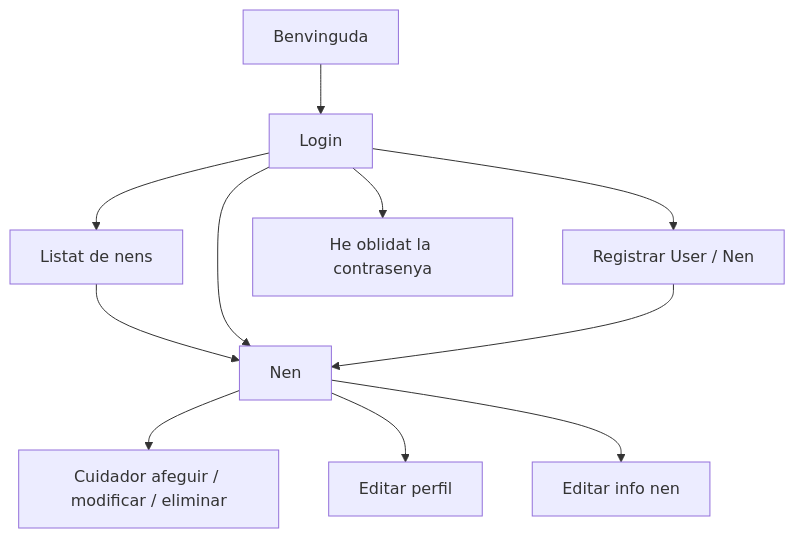
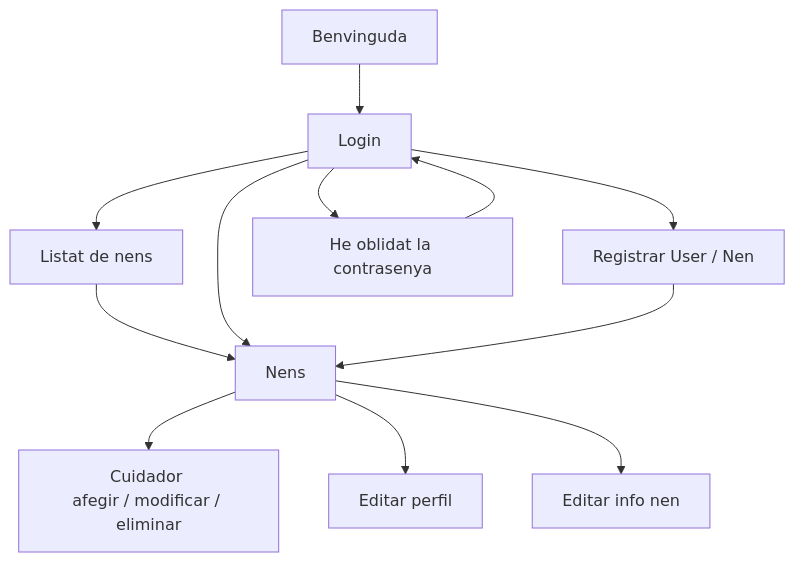
One commit to dnwits/TapatApp changed the diagram in prototip2/documentacio/wireframe_prototip2.mermaid. Above: the diagram before and after it, drawn with Mermaid. The commit also changed 5 other files, not shown here.

```diff
--- a/prototip2/documentacio/wireframe_prototip2.mermaid
+++ b/prototip2/documentacio/wireframe_prototip2.mermaid
@@ -1,11 +1,12 @@
 graph TD;
     A[Benvinguda] --> B[Login]
     B --> C[Listat de nens]
-    C --> D[Nen]
+    C --> D[Nens]
     B --> D
     B --> E[Registrar User / Nen]
     B --> F[He oblidat la contrasenya]
-    D --> G[Cuidador afeguir / modificar / eliminar]
+    F-->B
+    D --> G[Cuidador <br>afegir / modificar / eliminar]
     D --> H[Editar perfil]
     D --> I[Editar info nen]
     E --> D
```
